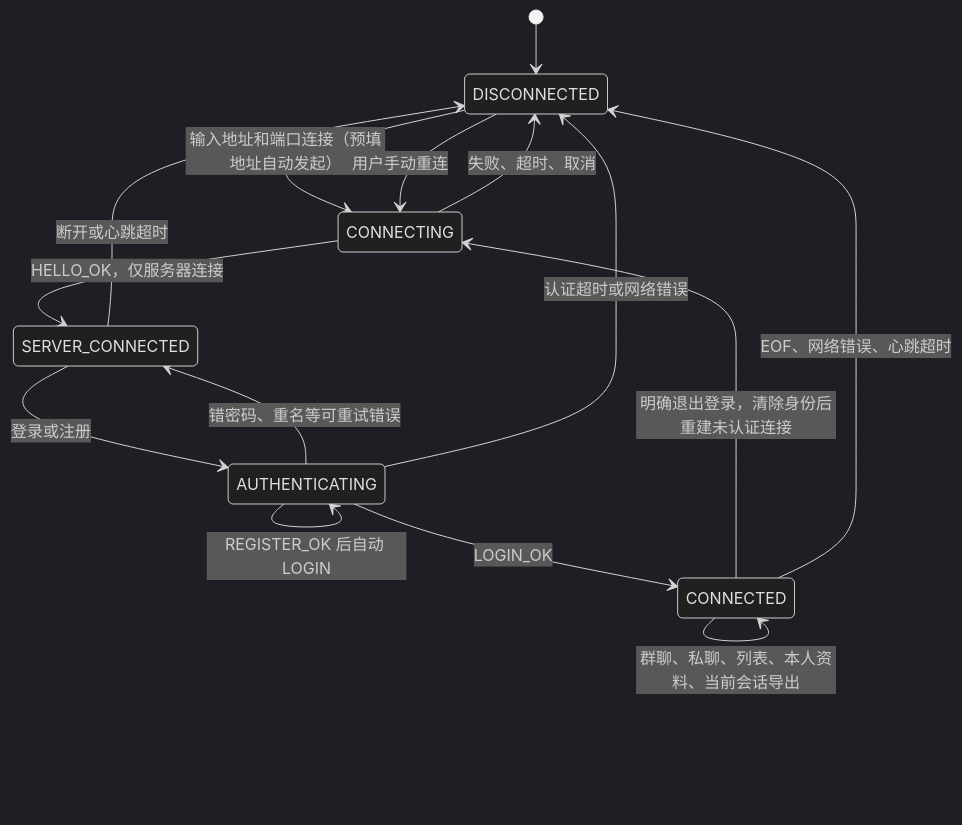
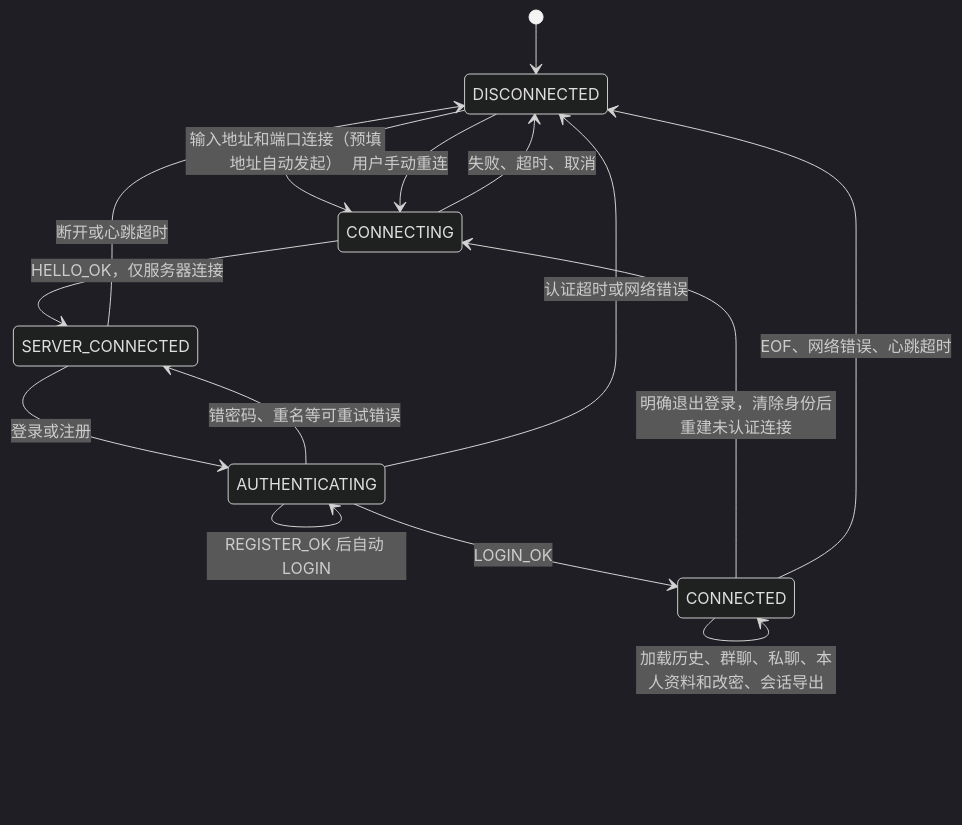
The diagram in docs/requirements.md (ouwayi/LTalk), drawn with Mermaid (dark theme) before and after one commit. The commit also changed other lines of this file and 8 other files, not shown here.

````diff
--- a/docs/requirements.md
+++ b/docs/requirements.md
@@ -23,17 +27,17 @@
 ```mermaid
 stateDiagram-v2
     [*] --> DISCONNECTED
     DISCONNECTED --> CONNECTING: 输入地址和端口连接（预填地址自动发起）
     CONNECTING --> SERVER_CONNECTED: HELLO_OK，仅服务器连接
     CONNECTING --> DISCONNECTED: 失败、超时、取消
     SERVER_CONNECTED --> AUTHENTICATING: 登录或注册
     AUTHENTICATING --> AUTHENTICATING: REGISTER_OK 后自动 LOGIN
     AUTHENTICATING --> SERVER_CONNECTED: 错密码、重名等可重试错误
     AUTHENTICATING --> CONNECTED: LOGIN_OK
     AUTHENTICATING --> DISCONNECTED: 认证超时或网络错误
-    CONNECTED --> CONNECTED: 群聊、私聊、列表、本人资料、当前会话导出
+    CONNECTED --> CONNECTED: 加载历史、群聊、私聊、本人资料和改密、会话导出
     CONNECTED --> CONNECTING: 明确退出登录，清除身份后重建未认证连接
     CONNECTED --> DISCONNECTED: EOF、网络错误、心跳超时
     SERVER_CONNECTED --> DISCONNECTED: 断开或心跳超时
     DISCONNECTED --> CONNECTING: 用户手动重连
 ```
````
